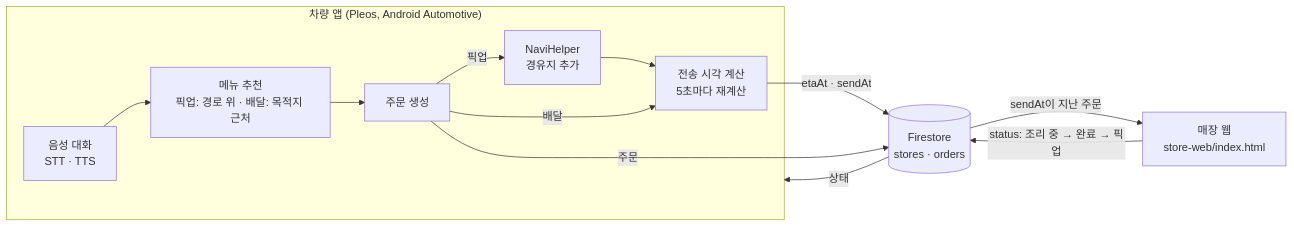
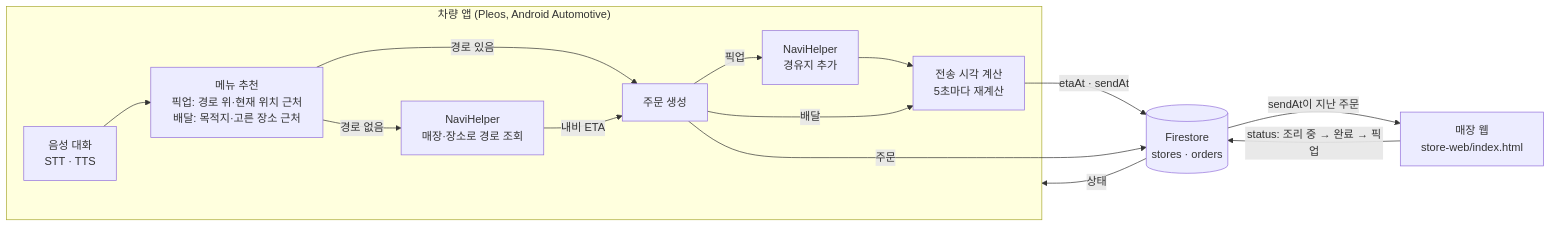
The diagram in README.md (pjw030423/DriveOrder), drawn with Mermaid before and after one commit. The commit also changed other lines of this file and 8 other files, not shown here.

````diff
--- a/README.md
+++ b/README.md
@@ -62,15 +80,17 @@
 ```mermaid
 flowchart LR
   subgraph Car["차량 앱 (Pleos, Android Automotive)"]
-    V[음성 대화<br/>STT · TTS] --> R[메뉴 추천<br/>픽업: 경로 위 · 배달: 목적지 근처]
-    R --> O[주문 생성]
+    V[음성 대화<br/>STT · TTS] --> R[메뉴 추천<br/>픽업: 경로 위·현재 위치 근처<br/>배달: 목적지·고른 장소 근처]
+    R -- 경로 있음 --> O[주문 생성]
+    R -- 경로 없음 --> Q[NaviHelper<br/>매장·장소로 경로 조회]
+    Q -- 내비 ETA --> O
     O -- 픽업 --> W[NaviHelper<br/>경유지 추가]
     W --> S[전송 시각 계산<br/>5초마다 재계산]
     O -- 배달 --> S
   end
   S -- "etaAt · sendAt" --> F[(Firestore<br/>stores · orders)]
   O -- "주문" --> F
   F -- "sendAt이 지난 주문" --> M[매장 웹<br/>store-web/index.html]
   M -- "status: 조리 중 → 완료 → 픽업" --> F
   F -- "상태" --> Car
 ```
````
